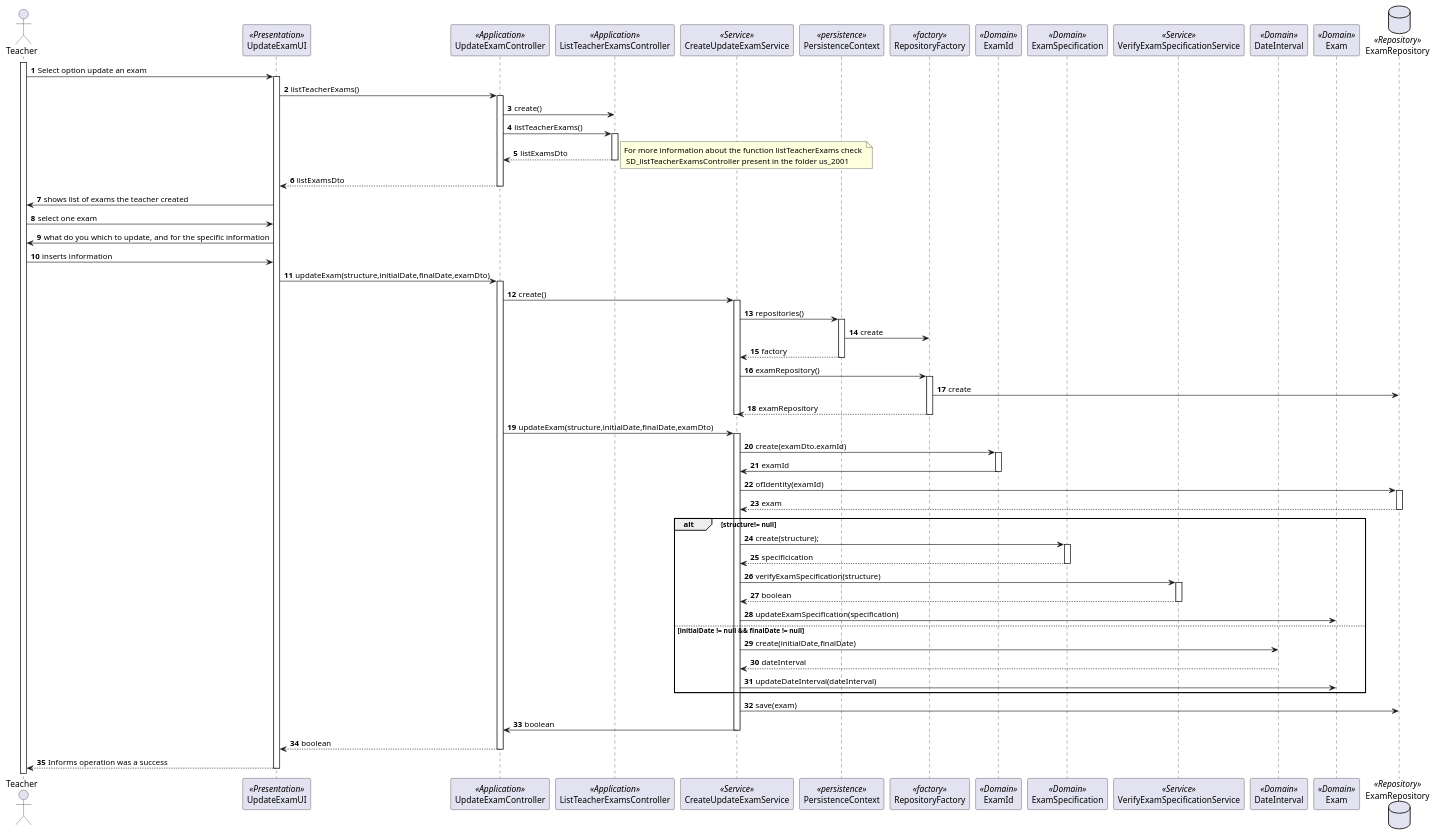
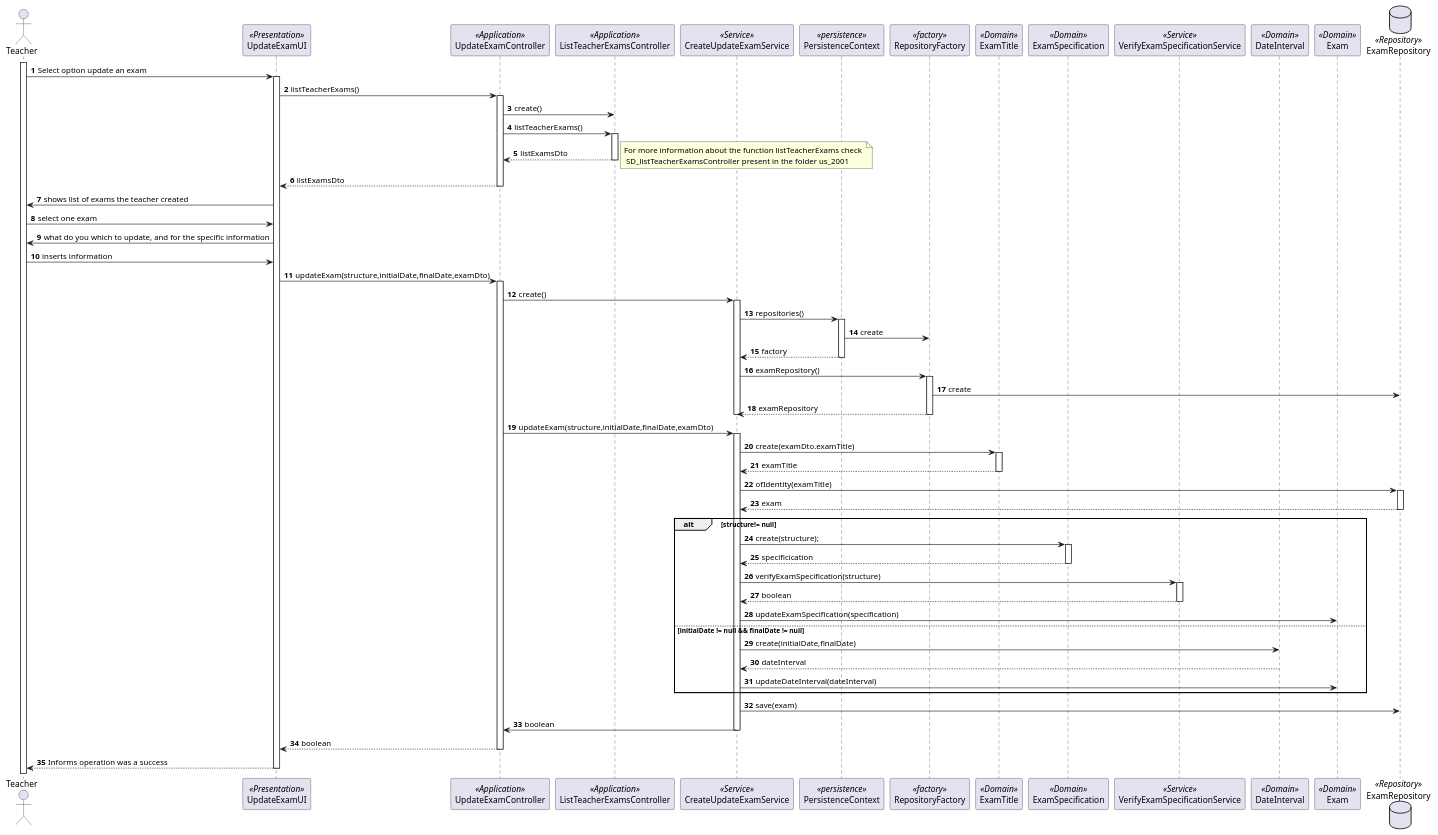
One commit to Marco-Nobrega-Andrade/sem4pi_22_23 changed the diagram in docs/Sprint_B/us_2001/SD_UpdateExam.puml. Above: the diagram before and after it, drawn with PlantUML. The commit also changed 6 other files, not shown here.

```diff
--- a/docs/Sprint_B/us_2001/SD_UpdateExam.puml
+++ b/docs/Sprint_B/us_2001/SD_UpdateExam.puml
@@ -1,99 +1,99 @@
 @startuml
 'https://plantuml.com/sequence-diagram
 
 autonumber
 
 actor "Teacher" as t
 
 participant "UpdateExamUI" as ui <<Presentation>>
 participant "UpdateExamController" as ctrl <<Application>>
 participant "ListTeacherExamsController" as ctrlList <<Application>>
 participant "CreateUpdateExamService" as service <<Service>>
 
 participant PersistenceContext as persistence <<persistence>>
 participant RepositoryFactory as repFactory <<factory>>
 
-participant "ExamId" as examId <<Domain>>
+participant "ExamTitle" as examId <<Domain>>
 participant "ExamSpecification" as spec <<Domain>>
 participant "VerifyExamSpecificationService" as verExam <<Service>>
 participant "DateInterval" as dateInterval <<Domain>>
 
 
 participant "Exam" as exam <<Domain>>
 database ExamRepository as examRep <<Repository>>
 
 activate t
 
 t->ui: Select option update an exam
 activate ui
 ui-> ctrl: listTeacherExams()
 activate ctrl
 ctrl -> ctrlList: create()
 ctrl -> ctrlList: listTeacherExams()
 activate ctrlList
 ctrlList --> ctrl: listExamsDto
 note right : For more information about the function listTeacherExams check \n SD_listTeacherExamsController present in the folder us_2001
 deactivate ctrlList
 ctrl --> ui: listExamsDto
 deactivate ctrl
 ui -> t: shows list of exams the teacher created
 t -> ui: select one exam
 ui -> t: what do you which to update, and for the specific information
 t-> ui: inserts information
 ui -> ctrl: updateExam(structure,initialDate,finalDate,examDto)
 activate ctrl
 ctrl -> service: create()
 activate service
 
 service -> persistence: repositories()
 activate persistence
 persistence -> repFactory: create
 persistence --> service: factory
 deactivate persistence
 service -> repFactory: examRepository()
 activate repFactory
 repFactory -> examRep: create
 repFactory --> service: examRepository
 deactivate repFactory
 deactivate service
 ctrl->service: updateExam(structure,initialDate,finalDate,examDto)
 
 
 activate service
 
-service -> examId: create(examDto.examId)
+service -> examId: create(examDto.examTitle)
 activate examId
-examId -> service: examId
+examId --> service: examTitle
 deactivate examId
 
-service -> examRep: ofIdentity(examId)
+service -> examRep: ofIdentity(examTitle)
 activate examRep
 examRep --> service: exam
 deactivate examRep
 
 
 
 alt structure!= null
 service -> spec: create(structure);
 activate spec
 spec --> service: specificication
 deactivate spec
 service -> verExam: verifyExamSpecification(structure)
 activate verExam
 verExam --> service: boolean
 deactivate verExam
 service -> exam: updateExamSpecification(specification)
 else initialDate != null && finalDate != null
 service -> dateInterval: create(initialDate,finalDate)
 dateInterval --> service: dateInterval
 service -> exam: updateDateInterval(dateInterval)
 end
 service -> examRep: save(exam)
 service -> ctrl : boolean
 deactivate service
 return boolean
 return Informs operation was a success
 
 
 
 @enduml
```
